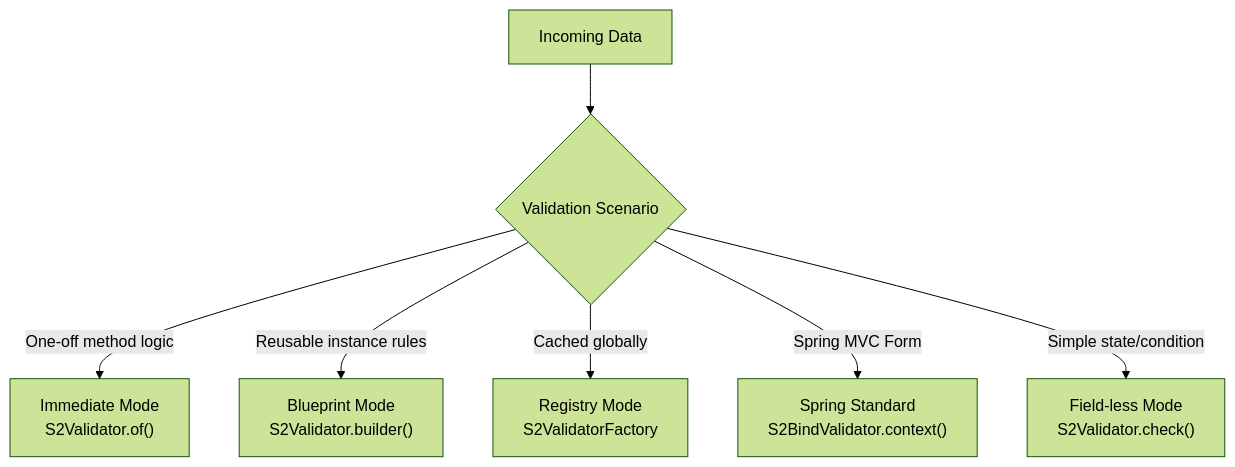
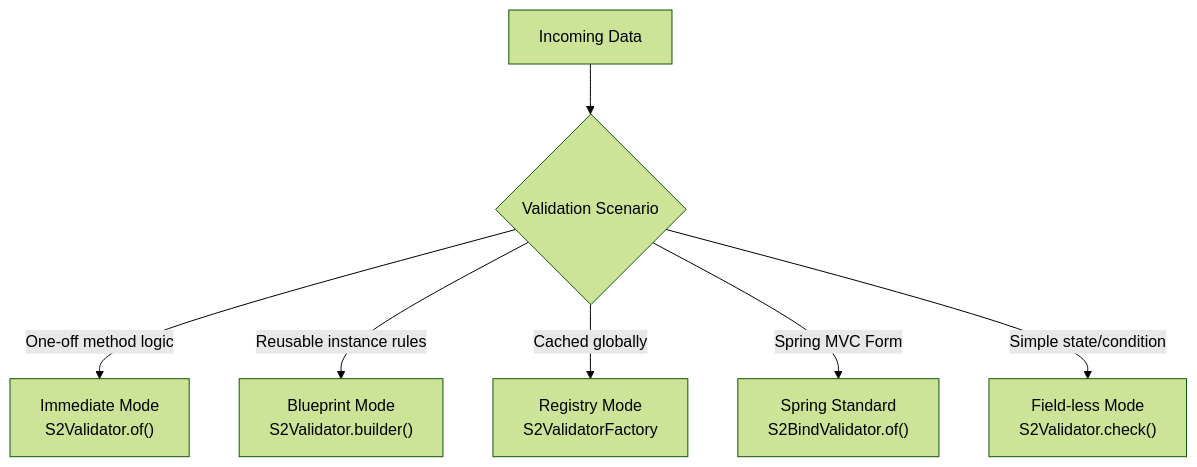
One commit to devers2/s2-util changed the first of 2 diagrams in MANUAL.md. Above: the diagram before and after it, drawn with Mermaid (forest theme). The commit also changed other lines of this file and 7 other files, not shown here.

First line of the commit message:
docs: use S2BindValidator.of() in representative examples and warn about registry keys

````diff
--- a/MANUAL.md
+++ b/MANUAL.md
@@ -159,9 +159,9 @@
 ```mermaid
 flowchart TD
     Req["Incoming Data"] --> Choice{"Validation Scenario"}
     Choice -->|"One-off method logic"| A["Immediate Mode<br>S2Validator.of()"]
     Choice -->|"Reusable instance rules"| B["Blueprint Mode<br>S2Validator.builder()"]
     Choice -->|"Cached globally"| C["Registry Mode<br>S2ValidatorFactory"]
-    Choice -->|"Spring MVC Form"| D["Spring Standard<br>S2BindValidator.context()"]
+    Choice -->|"Spring MVC Form"| D["Spring Standard<br>S2BindValidator.of()"]
     Choice -->|"Simple state/condition"| E["Field-less Mode<br>S2Validator.check()"]
 ```
````
